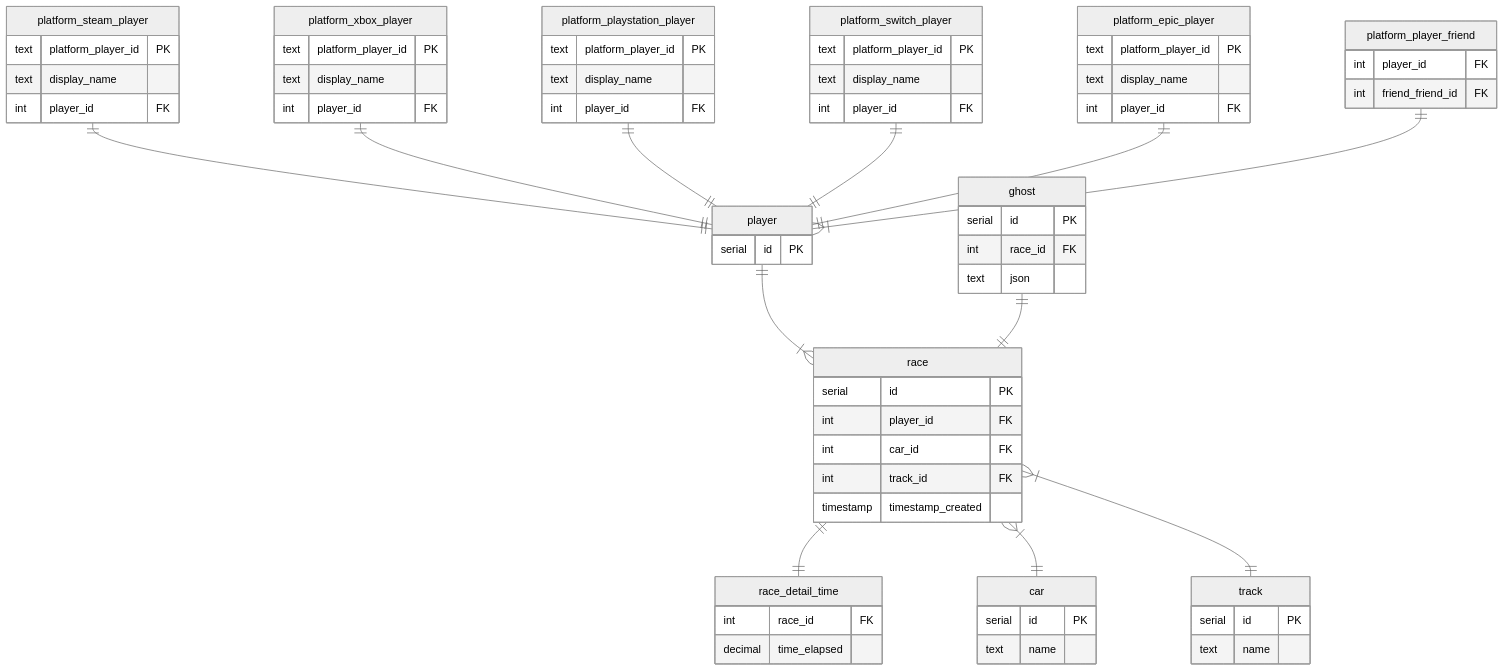
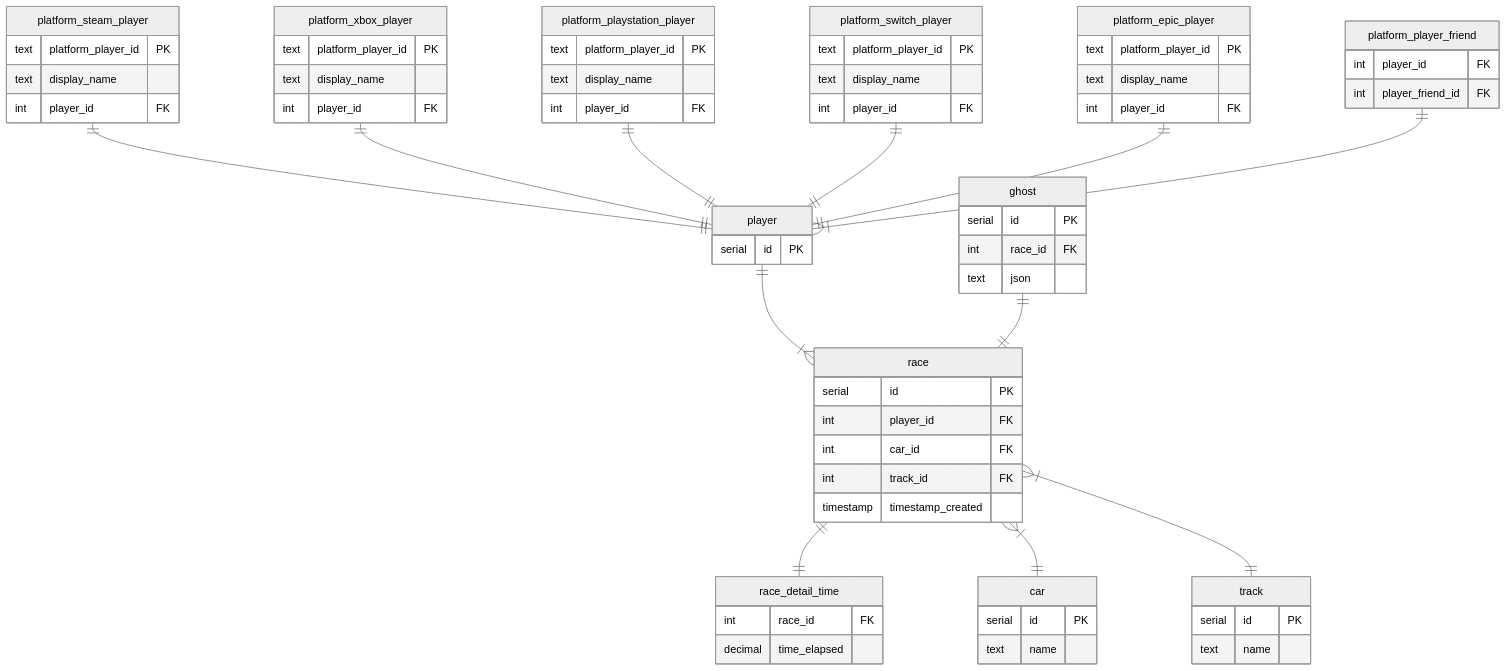
Before and after one commit to rick-0/MegaLeaderboard: the second of 2 diagrams in README.md, drawn with Mermaid.

````diff
--- a/README.md
+++ b/README.md
@@ -74,72 +74,72 @@
 ``` mermaid
 %%{init: {'theme':'neutral'}}%%
 erDiagram
     platform_steam_player ||--|| player : ""
     platform_xbox_player ||--|| player : ""
     platform_playstation_player ||--|| player : ""
     platform_switch_player ||--|| player : ""
     platform_epic_player ||--|| player : ""
     platform_player_friend ||--|{ player : ""
     player ||--|{ race : ""
     ghost ||--|| race : ""
     race ||--|| race_detail_time : ""
     race }|--|| car : ""
     race }|--|| track : ""
 
     player {
         serial id PK
     }
     platform_player_friend {
         int player_id FK
-        int friend_friend_id FK
+        int player_friend_id FK
     }
     platform_steam_player {
         text platform_player_id PK
         text display_name
 	    int player_id FK
     }
     platform_xbox_player {
         text platform_player_id PK
         text display_name
 	    int player_id FK
     }
     platform_playstation_player {
         text platform_player_id PK
         text display_name
 	    int player_id FK
     }
     platform_switch_player {
         text platform_player_id PK
         text display_name
 	    int player_id FK
     }
     platform_epic_player {
         text platform_player_id PK
         text display_name
 	    int player_id FK
     }
     race {
         serial id PK
         int player_id FK
         int car_id FK
         int track_id FK
         timestamp timestamp_created
     }
     race_detail_time {
         int race_id FK
         decimal time_elapsed
     }
     ghost {
         serial id PK
         int race_id FK
         text json
     }
     car {
         serial id PK
         text name
     }
     track {
         serial id PK
         text name
     }
 ```
````
